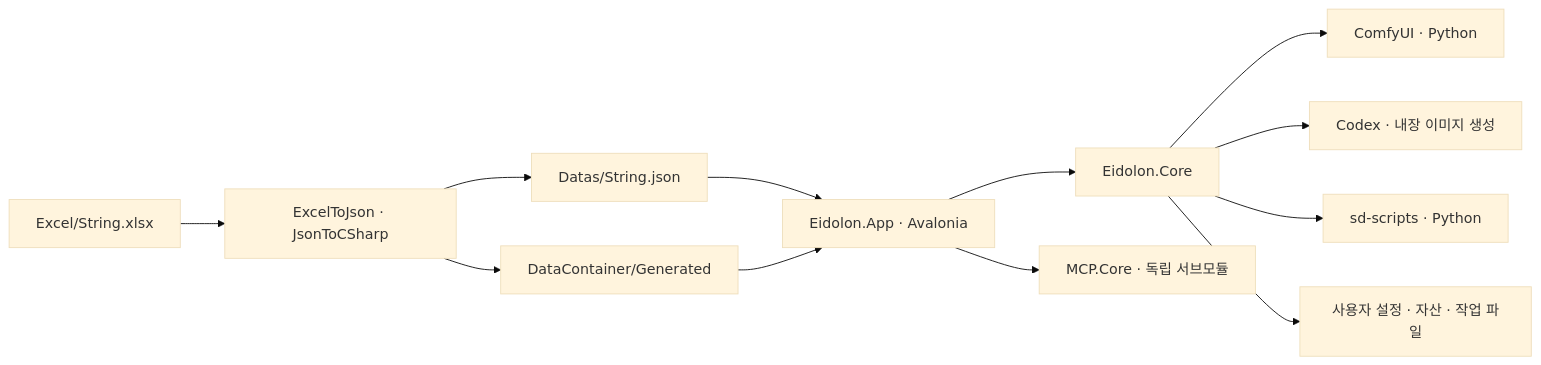
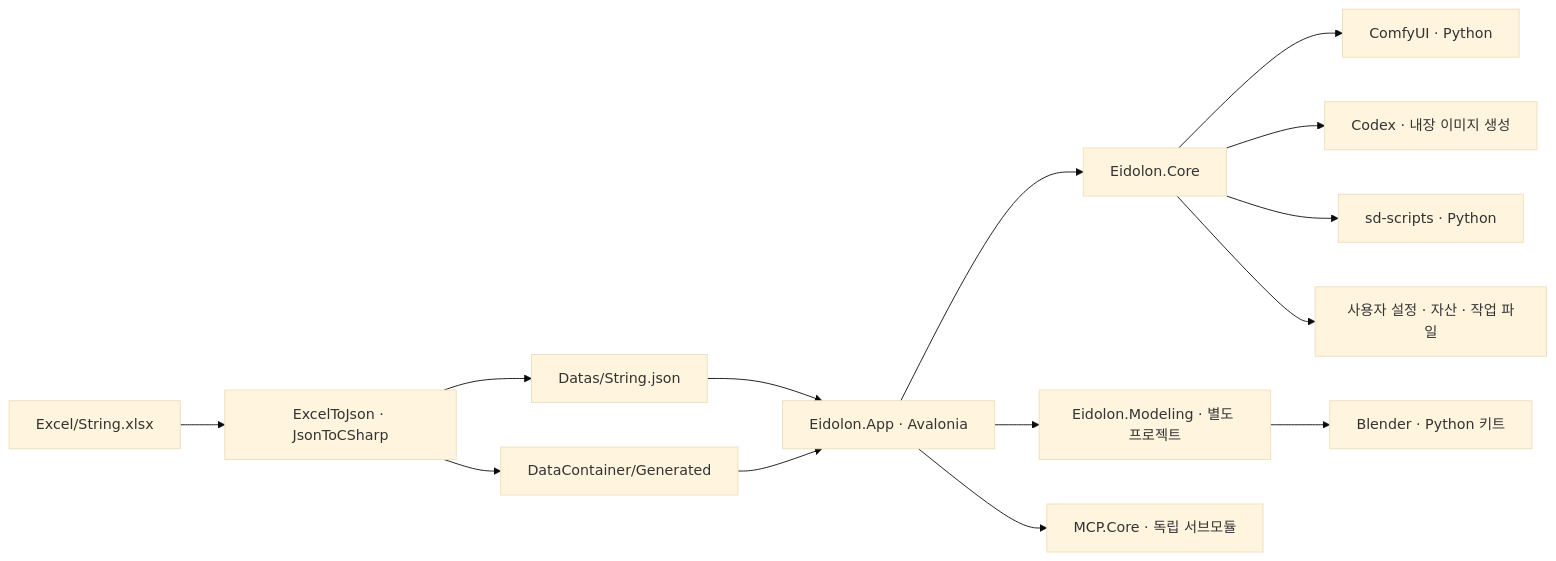
Before and after one commit to EomTaeWook/Eidolon: the diagram in Docs/EidolonArchitecture.md, drawn with Mermaid (base theme). The commit also changed other lines of this file and 69 other files, not shown here.

````diff
--- a/Docs/EidolonArchitecture.md
+++ b/Docs/EidolonArchitecture.md
@@ -17,14 +17,16 @@
 ```mermaid
 flowchart LR
     Excel[Excel/String.xlsx] --> Export[ExcelToJson · JsonToCSharp]
     Export --> Json[Datas/String.json]
     Export --> Templates[DataContainer/Generated]
     Json --> App[Eidolon.App · Avalonia]
     Templates --> App
     App --> Core[Eidolon.Core]
+    App --> Modeling[Eidolon.Modeling · 별도 프로젝트]
     App --> Mcp[MCP.Core · 독립 서브모듈]
+    Modeling --> Blender[Blender · Python 키트]
     Core --> Comfy[ComfyUI · Python]
     Core --> Codex[Codex · 내장 이미지 생성]
     Core --> Training[sd-scripts · Python]
     Core --> Files[사용자 설정 · 자산 · 작업 파일]
 ```
````
